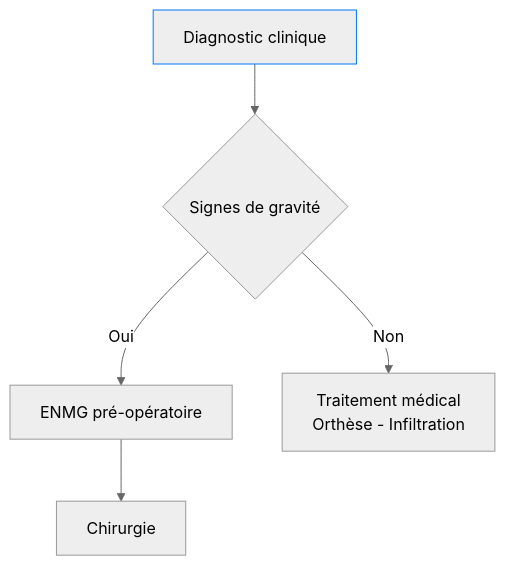
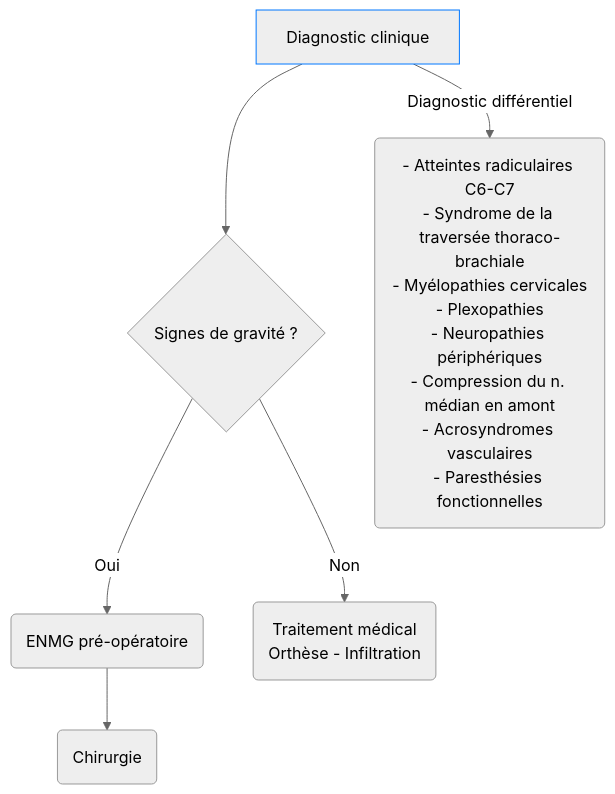
Before and after one commit to djibe/recommandations-medicales: the diagram in content/recommandations/canal-carpien.md, drawn with Mermaid (neutral theme). The commit also changed other lines of this file and 10 other files, not shown here.

```diff
--- a/content/recommandations/canal-carpien.md
+++ b/content/recommandations/canal-carpien.md
@@ -165,7 +180,8 @@
 {{< mermaid >}}
 graph TD
-diagnostic[Diagnostic clinique] --> gravite{Signes de gravité}
+diagnostic["Diagnostic clinique"] --> gravite{"Signes de gravité ?"}
 style diagnostic stroke:#0077ff, stroke-width:1px
-  gravite -->|Oui| emg[ENMG pré-opératoire] --> chir[Chirurgie]
-  gravite -->|Non| medical[Traitement médical<br>Orthèse - Infiltration]
+diagnostic --"Diagnostic différentiel"--> differentiel("- Atteintes radiculaires C6-C7<br>- Syndrome de la traversée thoraco-brachiale<br>- Myélopathies cervicales<br>- Plexopathies<br>- Neuropathies périphériques<br>- Compression du n. médian en amont<br>- Acrosyndromes vasculaires<br>- Paresthésies fonctionnelles")
+  gravite -- Oui --> emg(ENMG pré-opératoire) --> chir("Chirurgie")
+  gravite -- Non --> medical(Traitement médical<br>Orthèse - Infiltration)
 {{< /mermaid >}}
```
